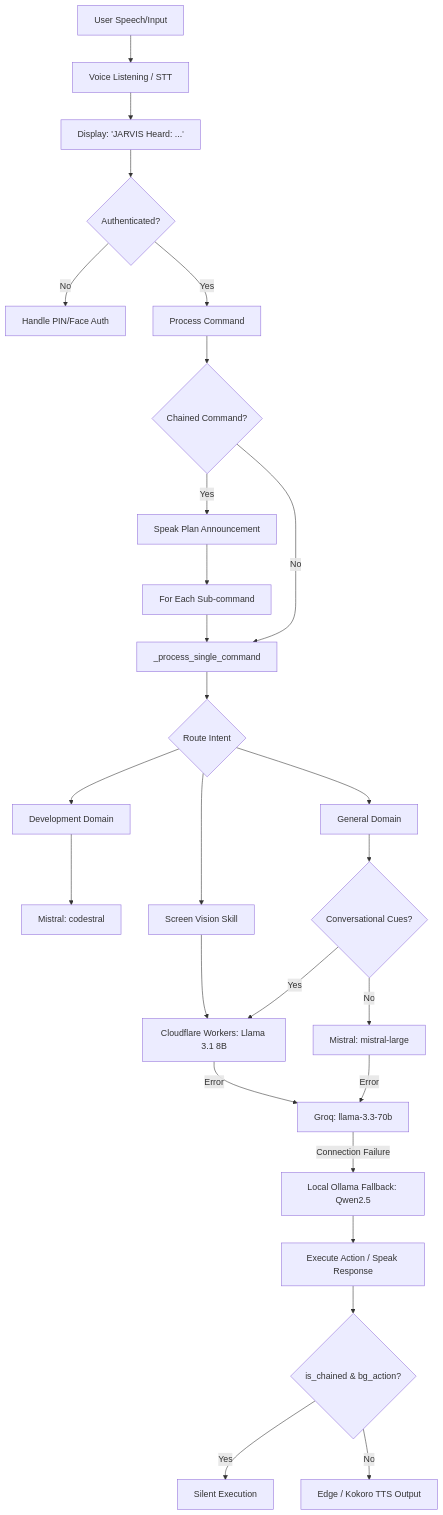
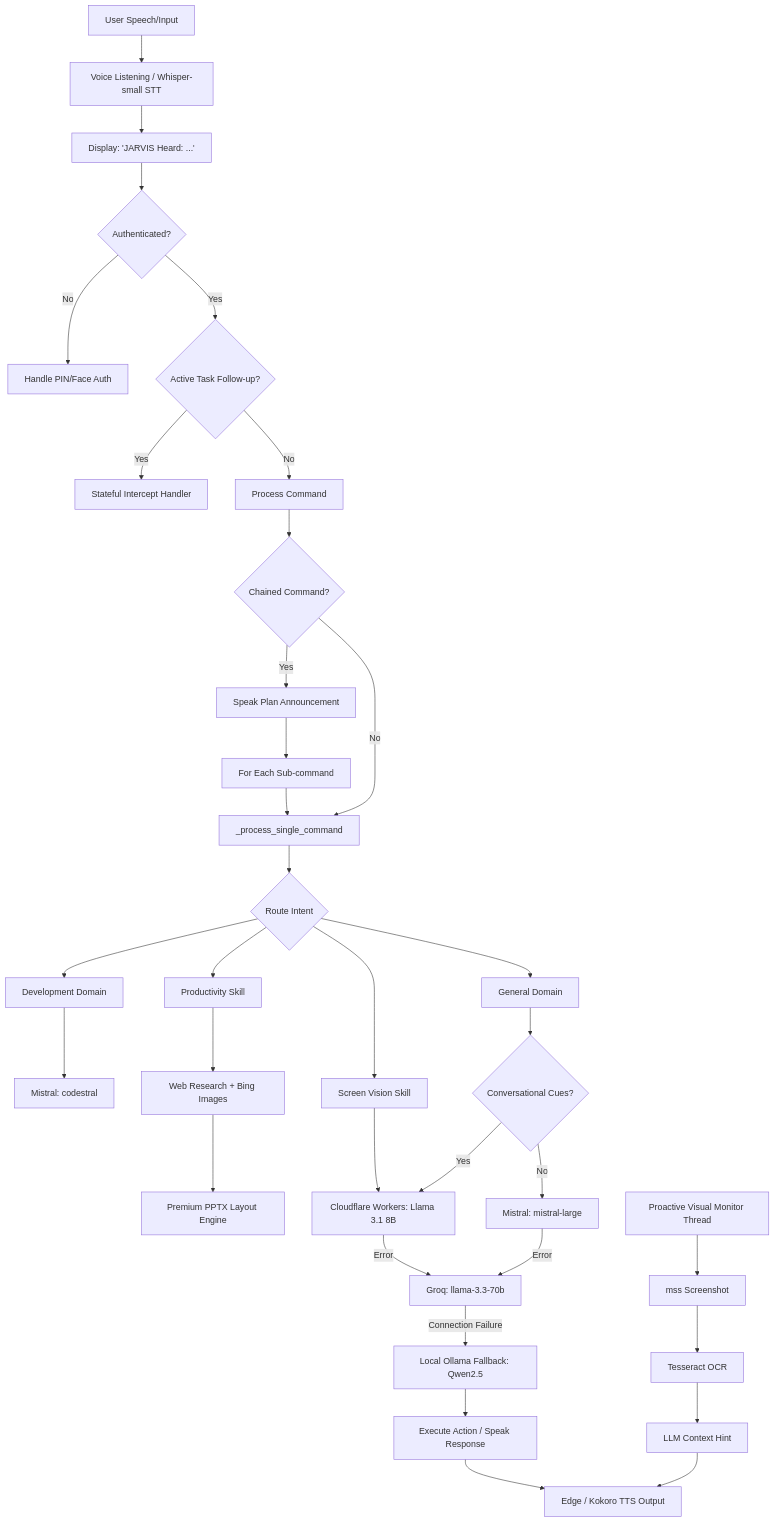
The diagram in README.md (darshitp091/Jarvis), drawn with Mermaid before and after one commit. The commit also changed other lines of this file and 2 other files, not shown here.

Commit message:
feat: upgrade intent router for Hinglish presentation params, add stateful conversation memory, proactive visual monitor, and update README with all Phase 9-12 features

````diff
--- a/README.md
+++ b/README.md
@@ -78,29 +101,36 @@
 ```mermaid
 graph TD
-    User[User Speech/Input] --> Listen[Voice Listening / STT]
-    Listen --> Display[Display: 'JARVIS Heard: ...']
+    User[User Speech/Input] --> Listen[Voice Listening / Whisper-small STT]
+    Listen --> Display["Display: 'JARVIS Heard: ...'"]
     Display --> Auth{Authenticated?}
     Auth -- No --> HandleAuth[Handle PIN/Face Auth]
-    Auth -- Yes --> Process[Process Command]
+    Auth -- Yes --> Confirm{Active Task Follow-up?}
+    Confirm -- Yes --> Intercept[Stateful Intercept Handler]
+    Confirm -- No --> Process[Process Command]
     Process --> Chained{Chained Command?}
+    Chained -- Yes --> Plan[Speak Plan Announcement]
     Plan --> Loop[For Each Sub-command]
     Loop --> Single[_process_single_command]
-    Chained -- Yes --> Plan[Speak Plan Announcement]
     Chained -- No --> Single
     Single --> Route{Route Intent}
     Route --> Dev[Development Domain] --> Codestral[Mistral: codestral]
+    Route --> Pres[Productivity Skill] --> ResearchCrawl[Web Research + Bing Images]
+    ResearchCrawl --> PptxEngine[Premium PPTX Layout Engine]
     Route --> Vis[Screen Vision Skill] --> Cloudflare[Cloudflare Workers: Llama 3.1 8B]
     Route --> Gen[General Domain] --> Conv{Conversational Cues?}
     Conv -- Yes --> Cloudflare
     Conv -- No --> MistralLarge[Mistral: mistral-large]
-    
+
     %% Fallback Tree
     Cloudflare -- Error --> Groq[Groq: llama-3.3-70b]
     MistralLarge -- Error --> Groq
-    
     Groq -- Connection Failure --> Ollama[Local Ollama Fallback: Qwen2.5]
     Ollama --> Exec[Execute Action / Speak Response]
-    Exec --> Suppress{is_chained & bg_action?}
-    Suppress -- Yes --> Silent[Silent Execution]
-    Suppress -- No --> TTS[Edge / Kokoro TTS Output]
+    Exec --> TTS[Edge / Kokoro TTS Output]
+
+    %% Proactive Loop
+    BgLoop[Proactive Visual Monitor Thread] --> Screenshot[mss Screenshot]
+    Screenshot --> OCR[Tesseract OCR]
+    OCR --> LLM_Hint[LLM Context Hint]
+    LLM_Hint --> TTS
 ```
````
